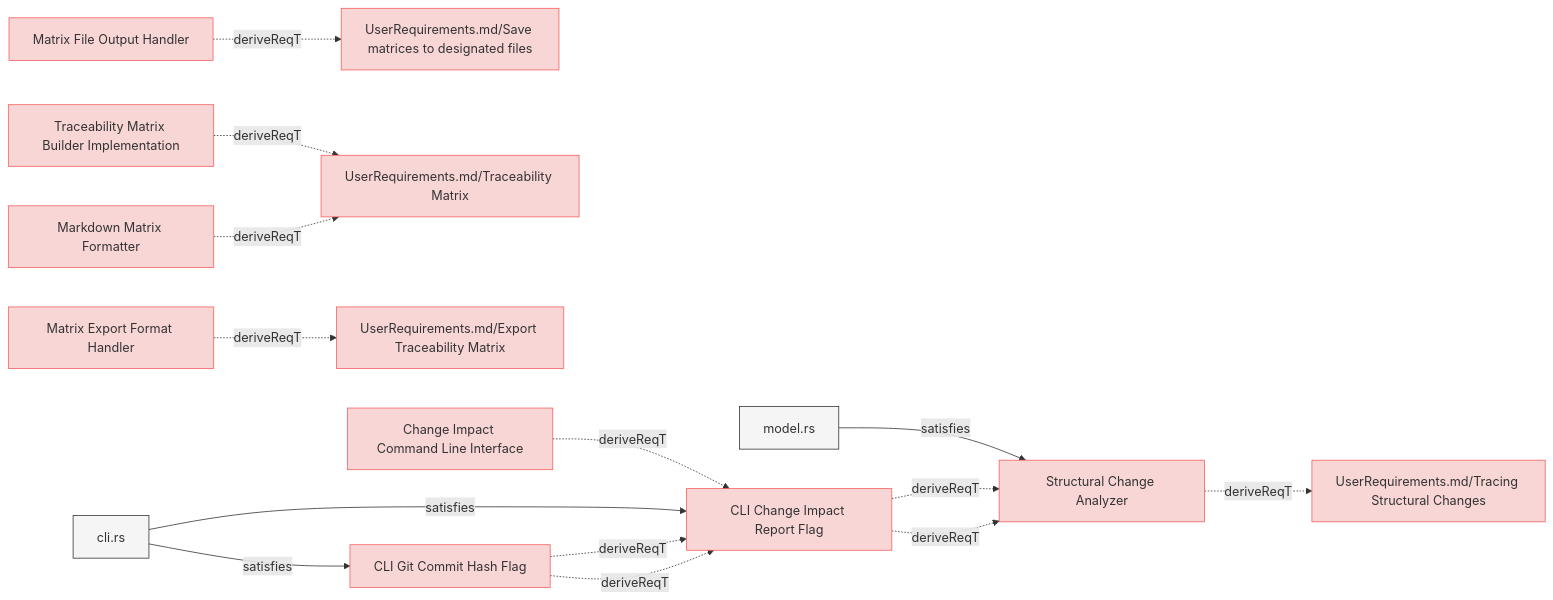
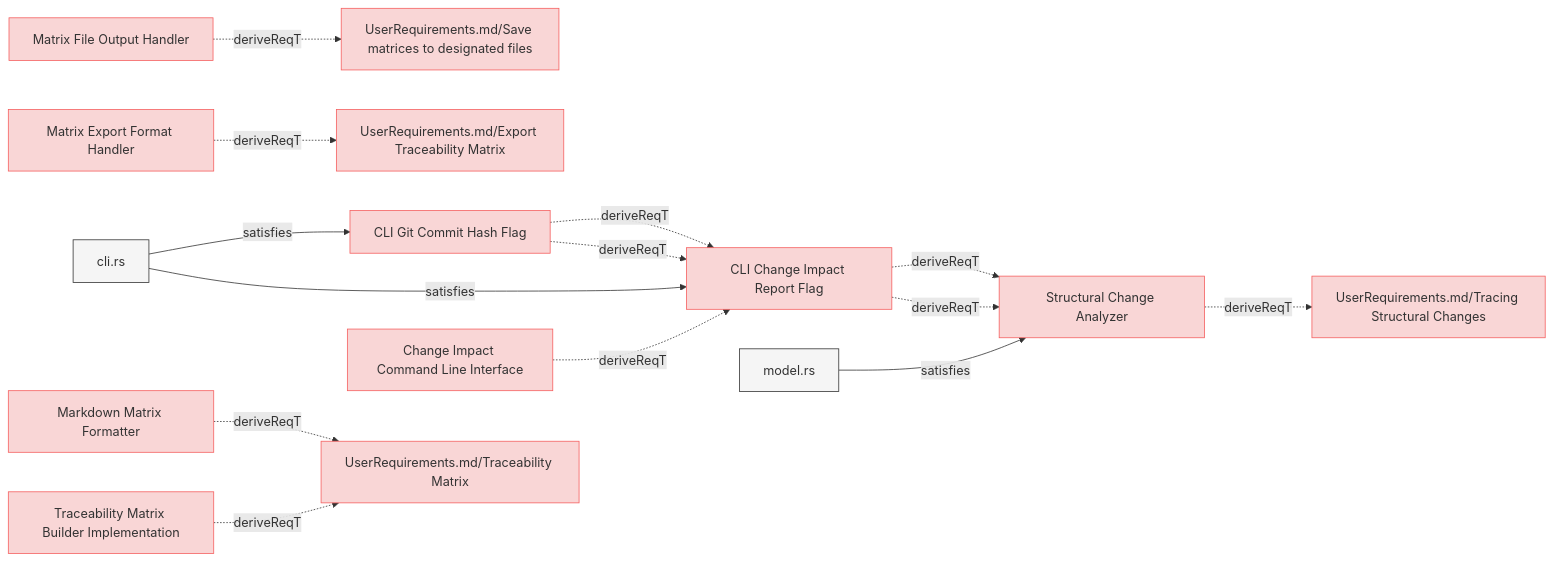
One commit to reqvire-org/reqvire changed the sixth of 8 diagrams in specifications/SystemRequirements/Requirements.md. Above: the diagram before and after it, drawn with Mermaid. The commit also changed other lines of this file and 16 other files, not shown here.

Commit message:
Change Impact Report bug fixes: proper github links created now.

````diff
--- a/specifications/SystemRequirements/Requirements.md
+++ b/specifications/SystemRequirements/Requirements.md
@@ -754,64 +754,64 @@
 ```mermaid
 graph LR;
   %% Graph styling
   classDef requirement fill:#f9d6d6,stroke:#f55f5f,stroke-width:1px;
   classDef verification fill:#d6f9d6,stroke:#5fd75f,stroke-width:1px;
   classDef externalLink fill:#d0e0ff,stroke:#3080ff,stroke-width:1px;
   classDef default fill:#f5f5f5,stroke:#333333,stroke-width:1px;
 
+  b8b4018461["CLI Git Commit Hash Flag"];
+  click b8b4018461 "Requirements.md#cli-git-commit-hash-flag";
+  class b8b4018461 requirement;
+  665b7456c9["CLI Change Impact Report Flag"];
+  class 665b7456c9 requirement;
+  click 665b7456c9 "Requirements.md#cli-change-impact-report-flag";
+  b8b4018461 -.->|deriveReqT| 665b7456c9;
+  11ffc4632a["cli.rs"];
+  class 11ffc4632a default;
+  click 11ffc4632a "../../cli/src/cli.rs";
+  11ffc4632a -->|satisfies| b8b4018461;
   83a2343e97["Matrix File Output Handler"];
   click 83a2343e97 "Requirements.md#matrix-file-output-handler";
   class 83a2343e97 requirement;
   c4b025f6ac["UserRequirements.md/Save matrices to designated files"];
   class c4b025f6ac requirement;
   click c4b025f6ac "../UserRequirements.md#save-matrices-to-designated-files";
   83a2343e97 -.->|deriveReqT| c4b025f6ac;
+  8897111f9b["Matrix Export Format Handler"];
+  click 8897111f9b "Requirements.md#matrix-export-format-handler";
+  class 8897111f9b requirement;
+  4b7b432817["UserRequirements.md/Export Traceability Matrix"];
+  class 4b7b432817 requirement;
+  click 4b7b432817 "../UserRequirements.md#export-traceability-matrix";
+  8897111f9b -.->|deriveReqT| 4b7b432817;
+  d7e5fbf806["Markdown Matrix Formatter"];
+  click d7e5fbf806 "Requirements.md#markdown-matrix-formatter";
+  class d7e5fbf806 requirement;
+  ba40352f8e["UserRequirements.md/Traceability Matrix"];
+  class ba40352f8e requirement;
+  click ba40352f8e "../UserRequirements.md#traceability-matrix";
+  d7e5fbf806 -.->|deriveReqT| ba40352f8e;
   918cc4a26d["Structural Change Analyzer"];
+  class 918cc4a26d requirement;
   click 918cc4a26d "Requirements.md#structural-change-analyzer";
-  class 918cc4a26d requirement;
+  665b7456c9 -.->|deriveReqT| 918cc4a26d;
+  11ffc4632a -->|satisfies| 665b7456c9;
+  b8b4018461 -.->|deriveReqT| 665b7456c9;
+  9d6f79f601["Change Impact Command Line Interface"];
+  class 9d6f79f601 requirement;
+  click 9d6f79f601 "ChangeImpactRequirements.md#change-impact-command-line-interface";
+  9d6f79f601 -.->|deriveReqT| 665b7456c9;
+  5eca866a03["Traceability Matrix Builder Implementation"];
+  click 5eca866a03 "Requirements.md#traceability-matrix-builder-implementation";
+  class 5eca866a03 requirement;
+  5eca866a03 -.->|deriveReqT| ba40352f8e;
   91ebf7e73d["UserRequirements.md/Tracing Structural Changes"];
   class 91ebf7e73d requirement;
   click 91ebf7e73d "../UserRequirements.md#tracing-structural-changes";
   918cc4a26d -.->|deriveReqT| 91ebf7e73d;
   cc976e6bcd["model.rs"];
   class cc976e6bcd default;
   click cc976e6bcd "../../core/src/change_impact.rs";
   cc976e6bcd -->|satisfies| 918cc4a26d;
-  665b7456c9["CLI Change Impact Report Flag"];
-  class 665b7456c9 requirement;
-  click 665b7456c9 "Requirements.md#cli-change-impact-report-flag";
   665b7456c9 -.->|deriveReqT| 918cc4a26d;
-  b8b4018461["CLI Git Commit Hash Flag"];
-  click b8b4018461 "Requirements.md#cli-git-commit-hash-flag";
-  class b8b4018461 requirement;
-  b8b4018461 -.->|deriveReqT| 665b7456c9;
-  11ffc4632a["cli.rs"];
-  class 11ffc4632a default;
-  click 11ffc4632a "../../cli/src/cli.rs";
-  11ffc4632a -->|satisfies| b8b4018461;
-  d7e5fbf806["Markdown Matrix Formatter"];
-  click d7e5fbf806 "Requirements.md#markdown-matrix-formatter";
-  class d7e5fbf806 requirement;
-  ba40352f8e["UserRequirements.md/Traceability Matrix"];
-  class ba40352f8e requirement;
-  click ba40352f8e "../UserRequirements.md#traceability-matrix";
-  d7e5fbf806 -.->|deriveReqT| ba40352f8e;
-  665b7456c9 -.->|deriveReqT| 918cc4a26d;
-  11ffc4632a -->|satisfies| 665b7456c9;
-  9d6f79f601["Change Impact Command Line Interface"];
-  class 9d6f79f601 requirement;
-  click 9d6f79f601 "ChangeImpactRequirements.md#change-impact-command-line-interface";
-  9d6f79f601 -.->|deriveReqT| 665b7456c9;
-  b8b4018461 -.->|deriveReqT| 665b7456c9;
-  8897111f9b["Matrix Export Format Handler"];
-  click 8897111f9b "Requirements.md#matrix-export-format-handler";
-  class 8897111f9b requirement;
-  4b7b432817["UserRequirements.md/Export Traceability Matrix"];
-  class 4b7b432817 requirement;
-  click 4b7b432817 "../UserRequirements.md#export-traceability-matrix";
-  8897111f9b -.->|deriveReqT| 4b7b432817;
-  5eca866a03["Traceability Matrix Builder Implementation"];
-  click 5eca866a03 "Requirements.md#traceability-matrix-builder-implementation";
-  class 5eca866a03 requirement;
-  5eca866a03 -.->|deriveReqT| ba40352f8e;
 ```
````
